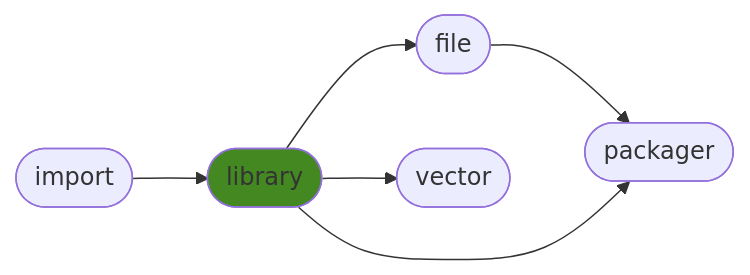
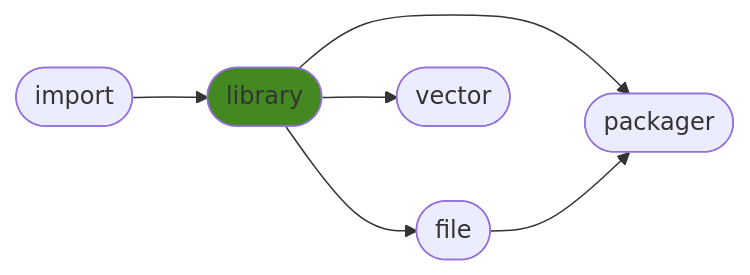
The diagram in README.md (ManderaGeneral/generallibrary), drawn with Mermaid before and after one commit. The commit also changed other lines of this file, not shown here.

````diff
--- a/README.md
+++ b/README.md
@@ -16,14 +16,14 @@
 ```mermaid
 flowchart LR
+1([library]) --> 4([packager])
 1([library]) --> 2([file])
 2([file]) --> 4([packager])
+0([import]) --> 1([library])
 1([library]) --> 3([vector])
-0([import]) --> 1([library])
-1([library]) --> 4([packager])
 click 0 "https://github.com/ManderaGeneral/generalimport"
 click 1 "https://github.com/ManderaGeneral/generallibrary"
 click 2 "https://github.com/ManderaGeneral/generalfile"
 click 3 "https://github.com/ManderaGeneral/generalvector"
 click 4 "https://github.com/ManderaGeneral/generalpackager"
 style 1 fill:#482
 ```
````
